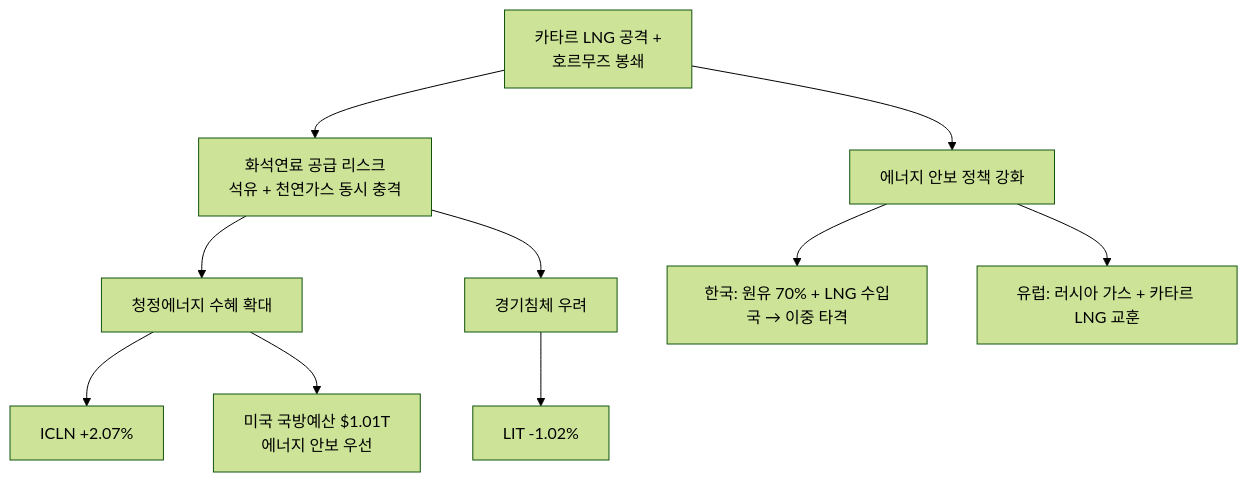
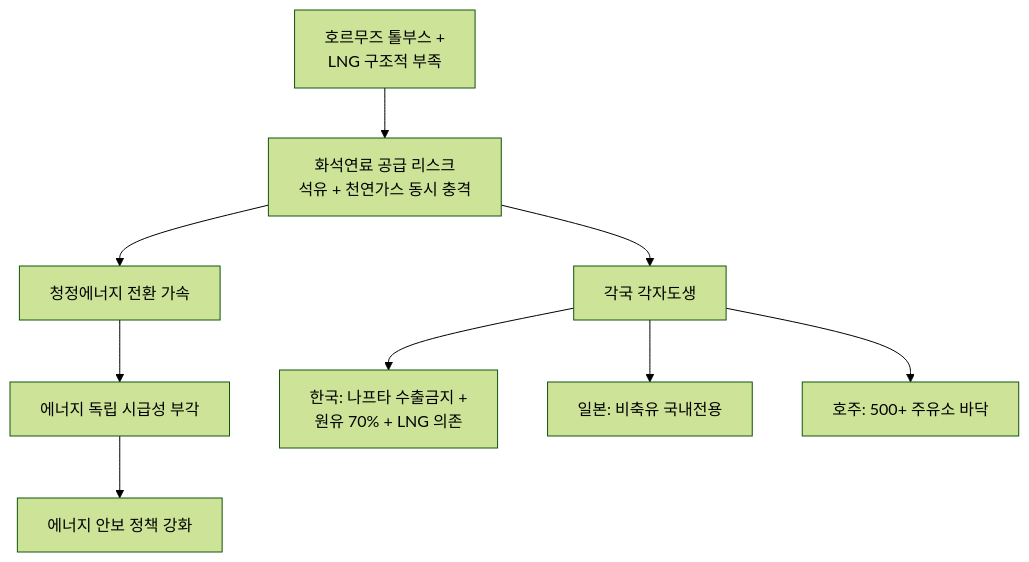
The eighth of 11 diagrams in _posts/knowledge/invest/2026-03-07-energy-sector-outlook-2026.md (dss99911/dss99911.github.io), drawn with Mermaid (forest theme) before and after one commit. The commit also changed other lines of this file and 3 other files, not shown here.

First line of the commit message:
투자 데일리 트랙킹 3/28: WTI $100 목전, Fed 인상 52%, 호르무즈 톨부스

````diff
--- a/_posts/knowledge/invest/2026-03-07-energy-sector-outlook-2026.md
+++ b/_posts/knowledge/invest/2026-03-07-energy-sector-outlook-2026.md
@@ -378,12 +369,11 @@
 ```mermaid
 graph TD
-    A["카타르 LNG 공격 +<br/>호르무즈 봉쇄"] --> B["화석연료 공급 리스크<br/>석유 + 천연가스 동시 충격"]
-    B --> C["청정에너지 수혜 확대"]
-    C --> D["ICLN +2.07%"]
-    C --> E["미국 국방예산 $1.01T<br/>에너지 안보 우선"]
-    B --> F["경기침체 우려"]
-    F --> G["LIT -1.02%"]
-    A --> H["에너지 안보 정책 강화"]
-    H --> I["한국: 원유 70% + LNG 수입국 → 이중 타격"]
-    H --> J["유럽: 러시아 가스 + 카타르 LNG 교훈"]
+    A["호르무즈 톨부스 +<br/>LNG 구조적 부족"] --> B["화석연료 공급 리스크<br/>석유 + 천연가스 동시 충격"]
+    B --> C["청정에너지 전환 가속"]
+    C --> D["에너지 독립 시급성 부각"]
+    B --> E["각국 각자도생"]
+    E --> F["한국: 나프타 수출금지 +<br/>원유 70% + LNG 의존"]
+    E --> G["일본: 비축유 국내전용"]
+    E --> H["호주: 500+ 주유소 바닥"]
+    D --> I["에너지 안보 정책 강화"]
 ```
````
